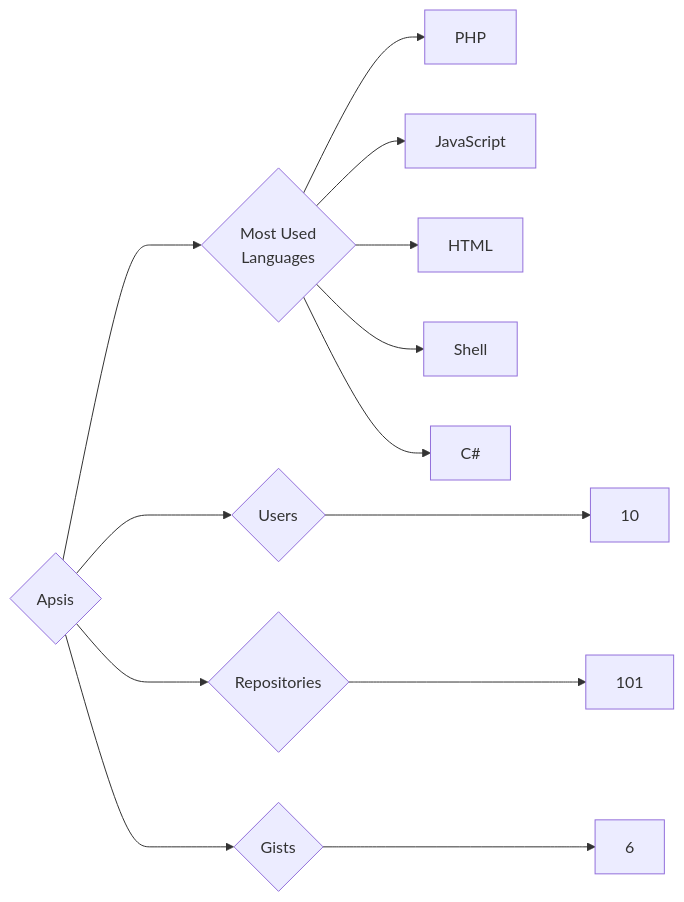
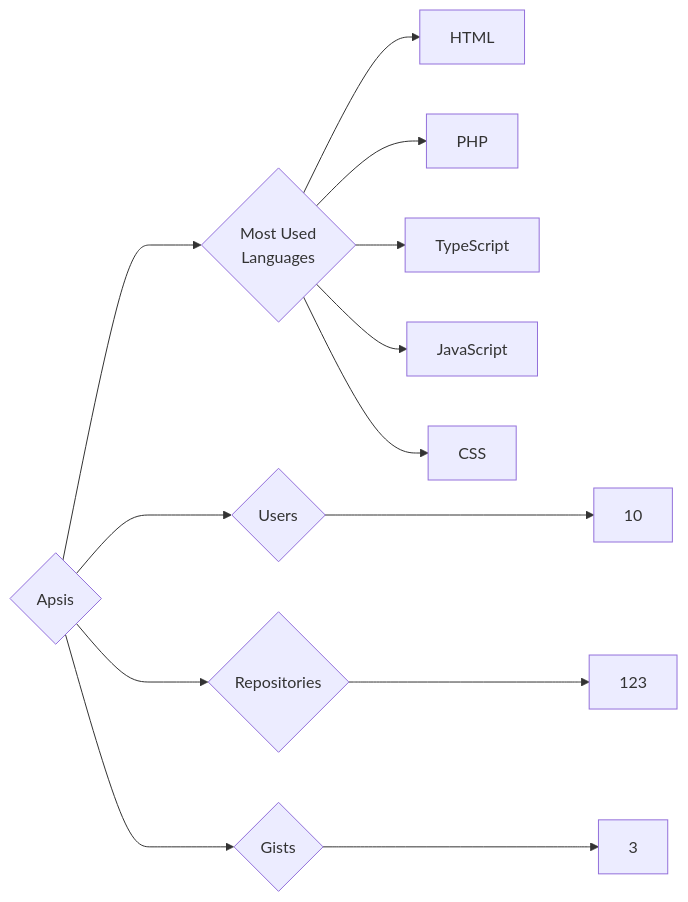
The diagram in targets/Apsis/README.md (trickest/insiders), drawn with Mermaid before and after one commit. The commit also changed 1123 other files, not shown here.

````diff
--- a/targets/Apsis/README.md
+++ b/targets/Apsis/README.md
@@ -3,13 +3,13 @@
 ```mermaid
 graph LR
 COMPANY_NAME{Apsis}
 COMPANY_NAME ---> U{Users} ---> UN[10]
-COMPANY_NAME ---> R{Repositories} ---> RN[101]
-COMPANY_NAME ---> G{Gists} ---> GN[6]
+COMPANY_NAME ---> R{Repositories} ---> RN[123]
+COMPANY_NAME ---> G{Gists} ---> GN[3]
 COMPANY_NAME ---> ML{Most Used<br>Languages}
+ML --> HTML[HTML]
 ML --> PHP[PHP]
+ML --> TypeScript[TypeScript]
 ML --> JavaScript[JavaScript]
-ML --> HTML[HTML]
-ML --> Shell[Shell]
-ML --> C#[C#]
+ML --> CSS[CSS]
 ```
````
